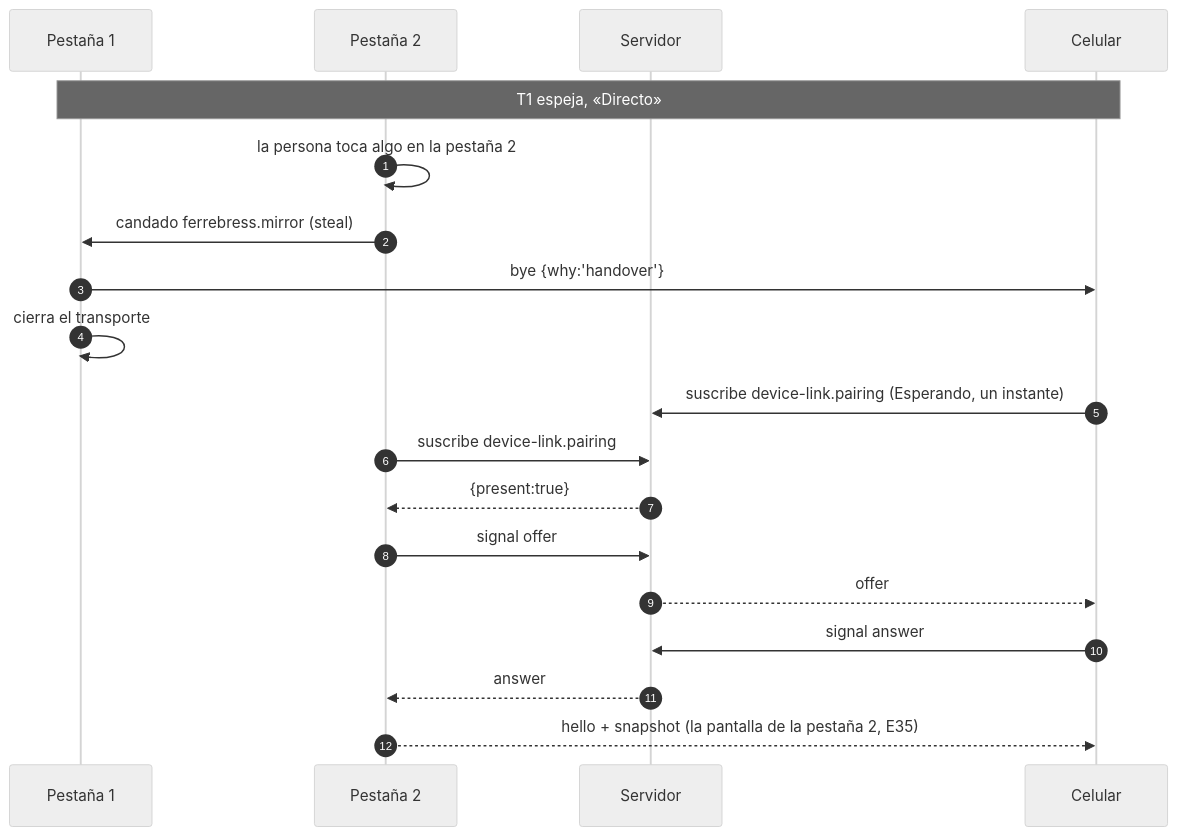
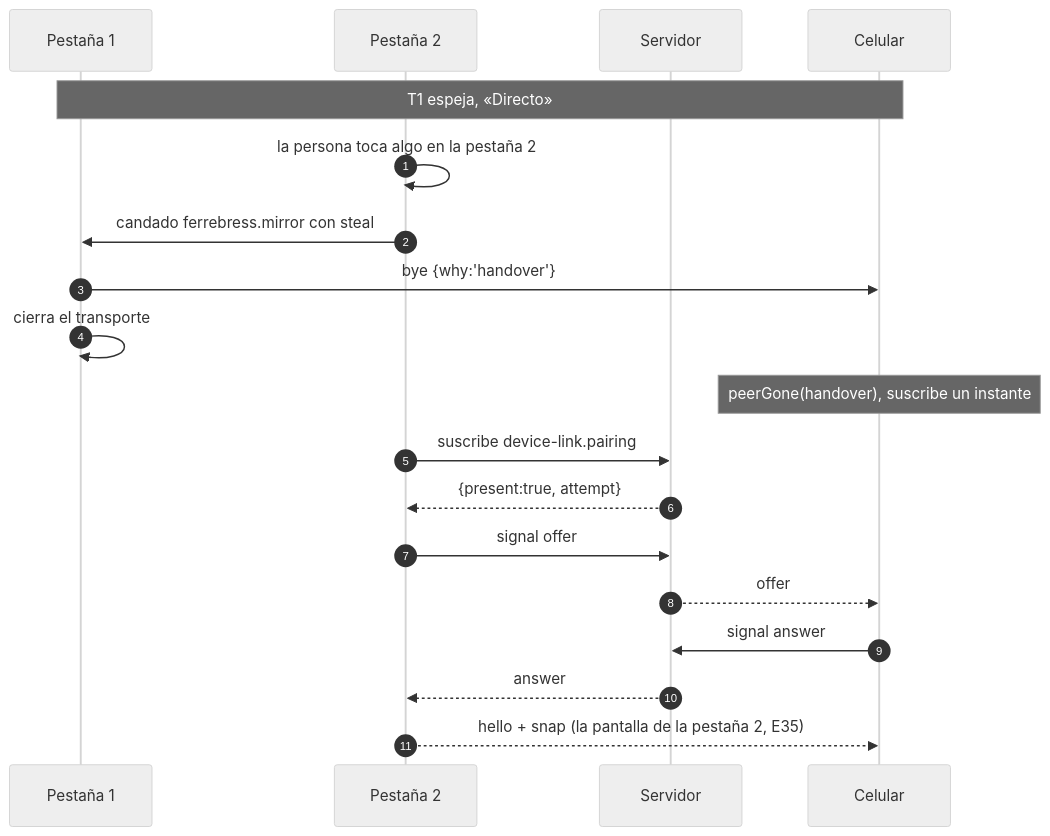
One commit to carlos-illobre/ferrebress changed the eighth of 13 diagrams in docs/technical/modules/device-link.md. Above: the diagram before and after it, drawn with Mermaid (neutral theme). The commit also changed other lines of this file and 10 other files, not shown here.

````diff
--- a/docs/technical/modules/device-link.md
+++ b/docs/technical/modules/device-link.md
@@ -570,21 +650,21 @@
 ```mermaid
 sequenceDiagram
   autonumber
   participant T1 as Pestaña 1
   participant T2 as Pestaña 2
   participant S as Servidor
   participant CE as Celular
   Note over T1,CE: T1 espeja, «Directo»
   T2->>T2: la persona toca algo en la pestaña 2
-  T2->>T1: candado ferrebress.mirror (steal)
+  T2->>T1: candado ferrebress.mirror con steal
   T1->>CE: bye {why:'handover'}
   T1->>T1: cierra el transporte
-  CE->>S: suscribe device-link.pairing (Esperando, un instante)
+  Note over CE: peerGone(handover), suscribe un instante
   T2->>S: suscribe device-link.pairing
-  S-->>T2: {present:true}
+  S-->>T2: {present:true, attempt}
   T2->>S: signal offer
   S-->>CE: offer
   CE->>S: signal answer
   S-->>T2: answer
-  T2-->>CE: hello + snapshot (la pantalla de la pestaña 2, E35)
+  T2-->>CE: hello + snap (la pantalla de la pestaña 2, E35)
 ```
````
